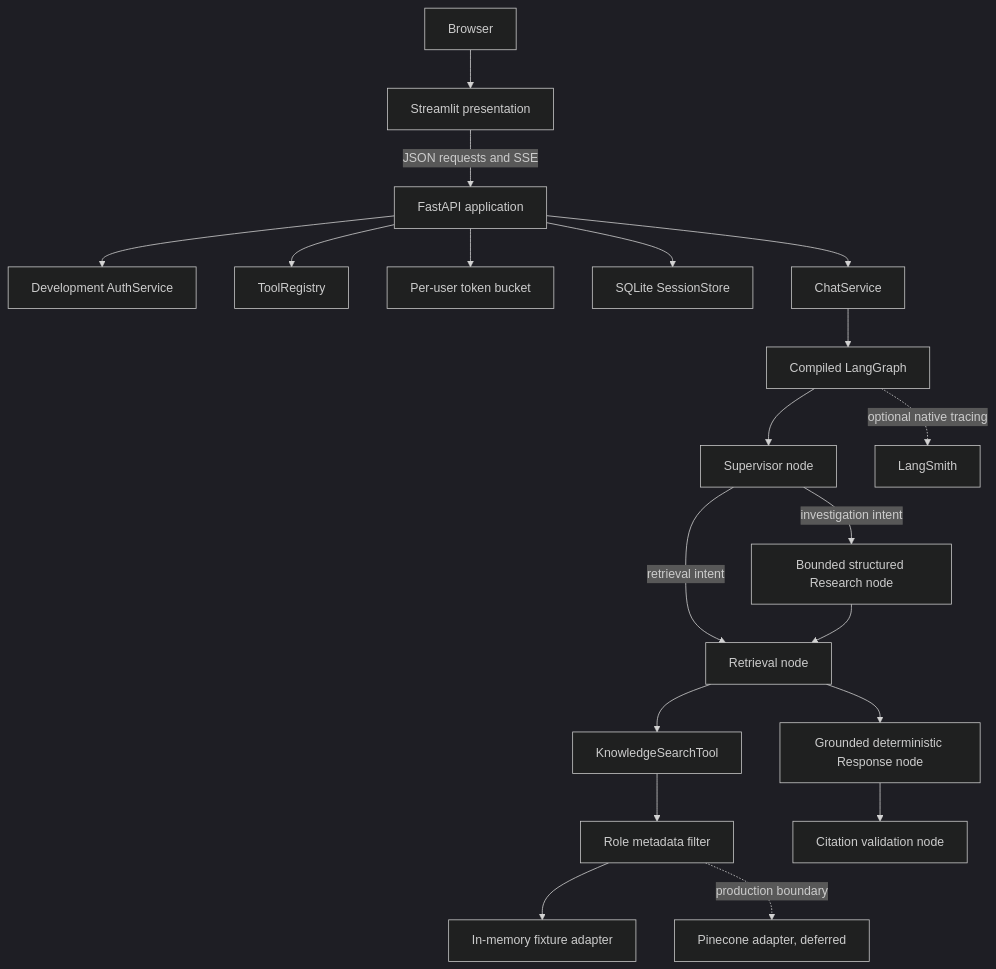
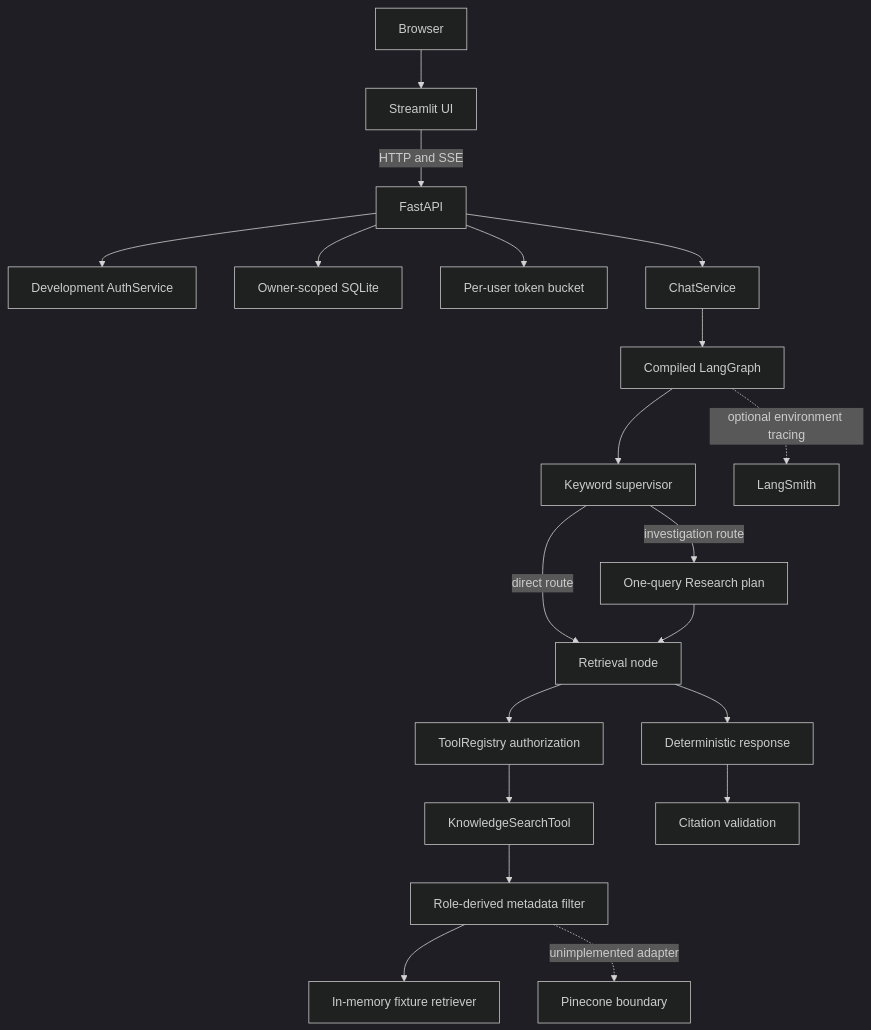
One commit to Thavarshan/enterprise-knowledge-assistant changed the first of 2 diagrams in docs/architecture.md. Above: the diagram before and after it, drawn with Mermaid (dark theme). The commit also changed other lines of this file and 93 other files, not shown here.

Commit message:
docs: explain system architecture and source boundaries

````diff
--- a/docs/architecture.md
+++ b/docs/architecture.md
@@ -7,22 +17,22 @@
 ```mermaid
 flowchart TB
-  Browser --> UI[Streamlit presentation]
-  UI -->|JSON requests and SSE| API[FastAPI application]
+  Browser --> UI[Streamlit UI]
+  UI -->|HTTP and SSE| API[FastAPI]
   API --> Auth[Development AuthService]
-  API --> RBAC[ToolRegistry]
-  API --> Bucket[Per-user token bucket]
-  API --> Sessions[SQLite SessionStore]
+  API --> Owner[Owner-scoped SQLite]
+  API --> Limit[Per-user token bucket]
   API --> Chat[ChatService]
   Chat --> Graph[Compiled LangGraph]
-  Graph --> Supervisor[Supervisor node]
-  Supervisor -->|retrieval intent| Retrieval[Retrieval node]
-  Supervisor -->|investigation intent| Research[Bounded structured Research node]
+  Graph --> Supervisor[Keyword supervisor]
+  Supervisor -->|direct route| Retrieval[Retrieval node]
+  Supervisor -->|investigation route| Research[One-query Research plan]
   Research --> Retrieval
-  Retrieval --> Tool[KnowledgeSearchTool]
-  Tool --> Filter[Role metadata filter]
-  Filter --> Fixture[In-memory fixture adapter]
-  Filter -. production boundary .-> Pinecone[Pinecone adapter, deferred]
-  Retrieval --> Response[Grounded deterministic Response node]
-  Response --> Validate[Citation validation node]
-  Graph -. optional native tracing .-> LangSmith[LangSmith]
+  Retrieval --> Registry[ToolRegistry authorization]
+  Registry --> Knowledge[KnowledgeSearchTool]
+  Knowledge --> Filter[Role-derived metadata filter]
+  Filter --> Fixture[In-memory fixture retriever]
+  Filter -. unimplemented adapter .-> Pinecone[Pinecone boundary]
+  Retrieval --> Response[Deterministic response]
+  Response --> Validate[Citation validation]
+  Graph -. optional environment tracing .-> LangSmith[LangSmith]
 ```
````
